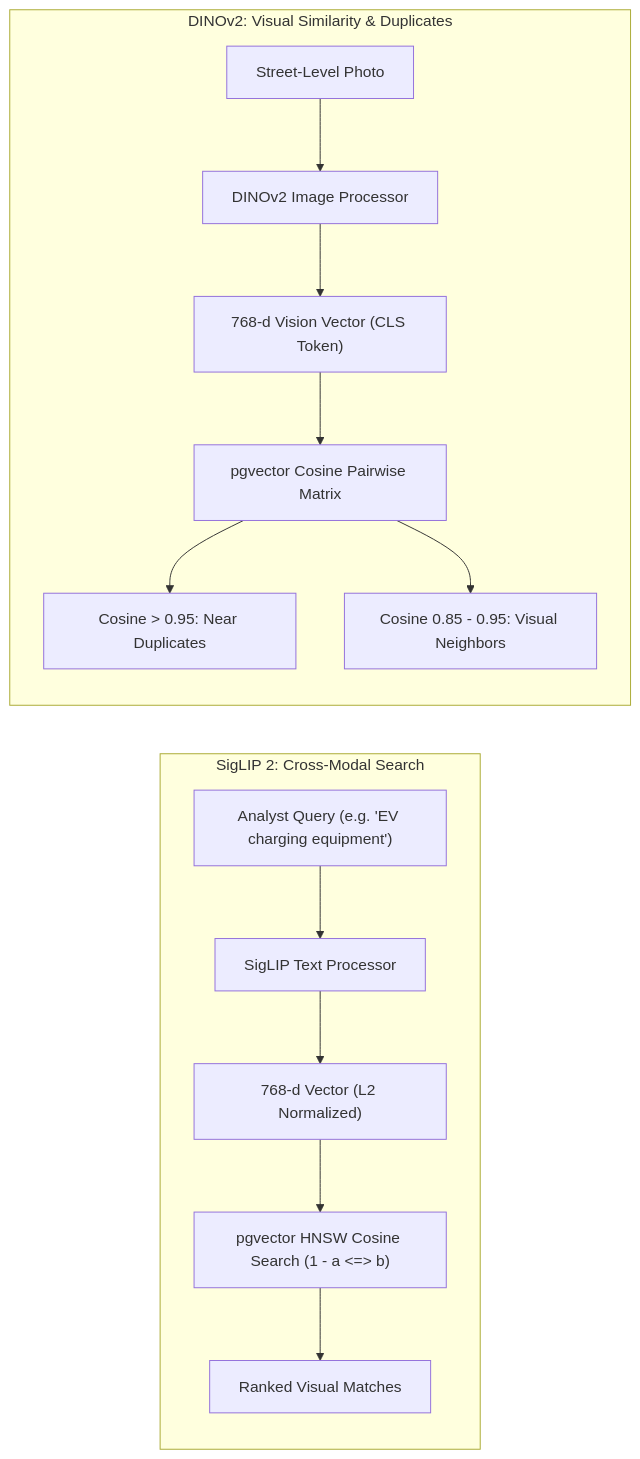
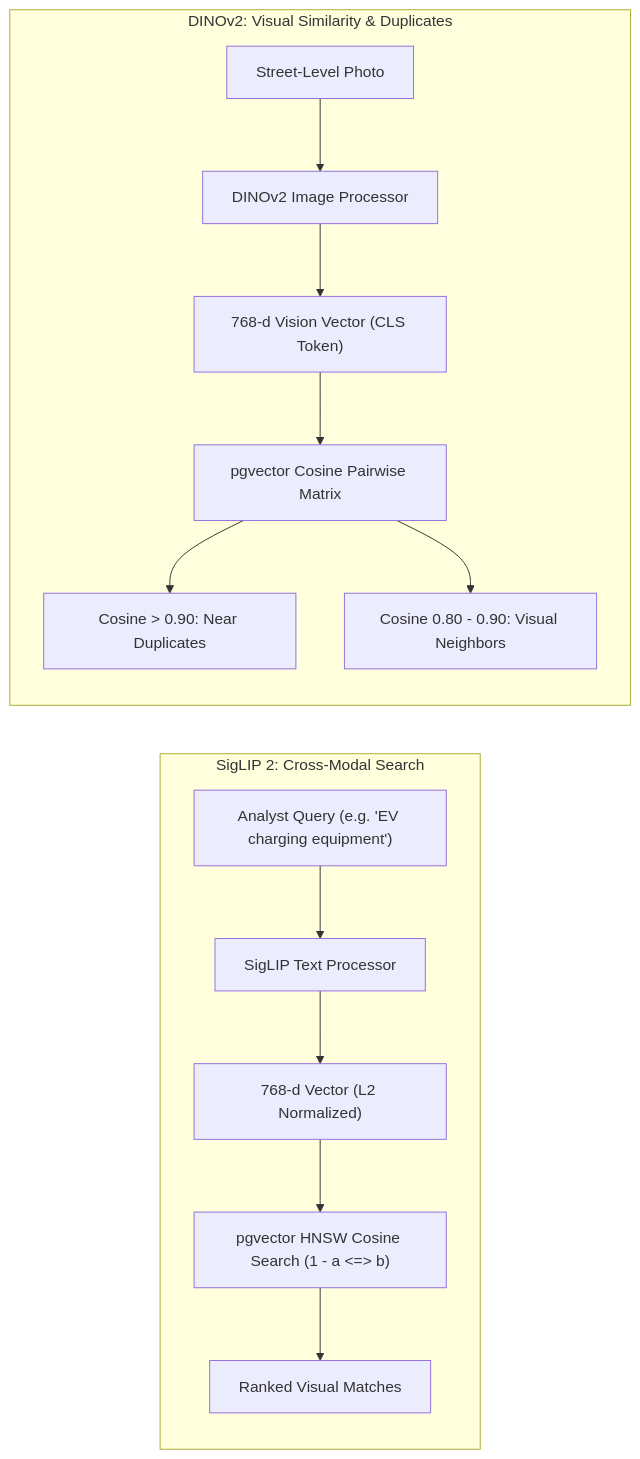
One commit to ranajahanzaib/urban-infrastructure-auditor changed the second of 3 diagrams in README.md. Above: the diagram before and after it, drawn with Mermaid. The commit also changed other lines of this file and 13 other files, not shown here.

````diff
--- a/README.md
+++ b/README.md
@@ -92,17 +147,17 @@
 ```mermaid
 flowchart LR
     subgraph SigLIP_Pipeline ["SigLIP 2: Cross-Modal Search"]
         TextQ["Analyst Query (e.g. 'EV charging equipment')"] --> TextProc[SigLIP Text Processor]
         TextProc --> TextEmb["768-d Vector (L2 Normalized)"]
         TextEmb --> HNSW1["pgvector HNSW Cosine Search (1 - a <=> b)"]
         HNSW1 --> RankResults[Ranked Visual Matches]
     end
 
     subgraph DINO_Pipeline ["DINOv2: Visual Similarity & Duplicates"]
         ImageIn[Street-Level Photo] --> DINOProc[DINOv2 Image Processor]
         DINOProc --> DINOEmb["768-d Vision Vector (CLS Token)"]
         DINOEmb --> HNSW2["pgvector Cosine Pairwise Matrix"]
-        HNSW2 --> NearDup["Cosine > 0.95: Near Duplicates"]
-        HNSW2 --> Similar["Cosine 0.85 - 0.95: Visual Neighbors"]
+        HNSW2 --> NearDup["Cosine > 0.90: Near Duplicates"]
+        HNSW2 --> Similar["Cosine 0.80 - 0.90: Visual Neighbors"]
     end
 ```
````
